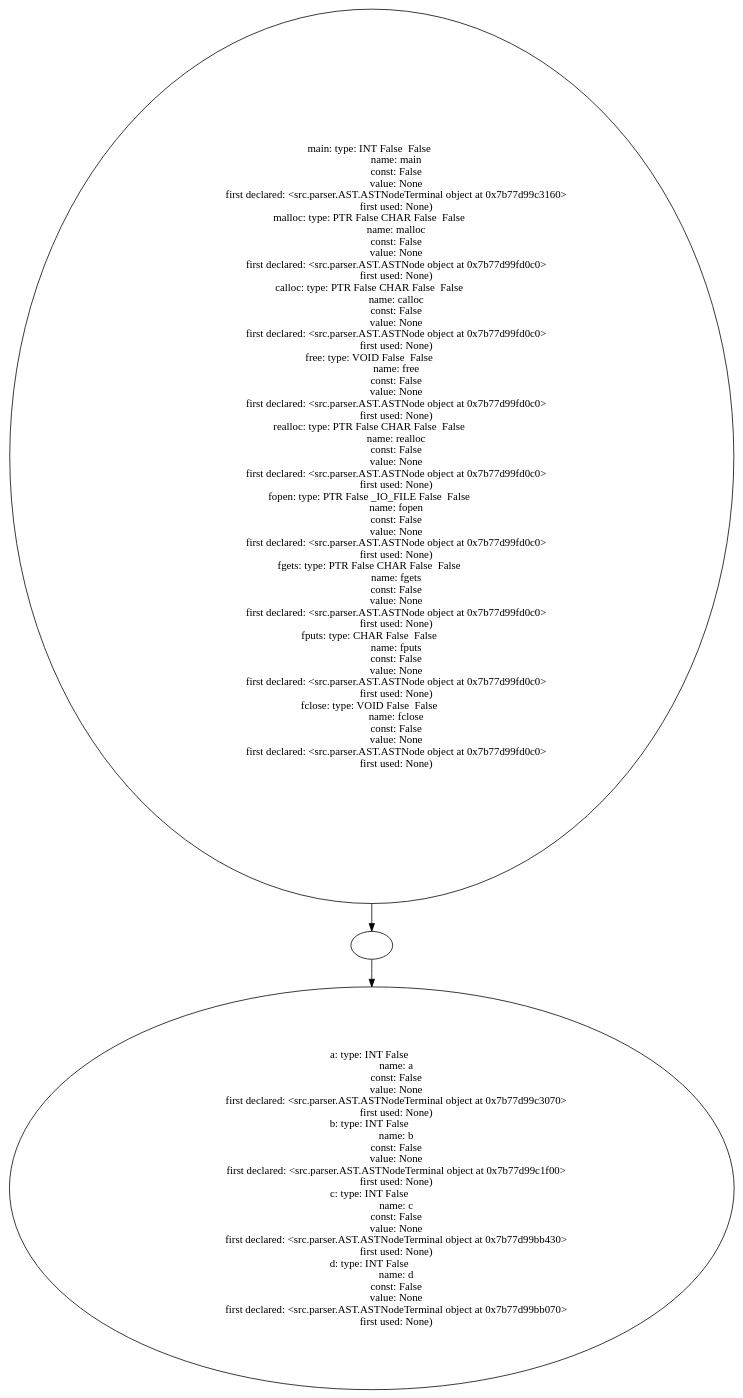
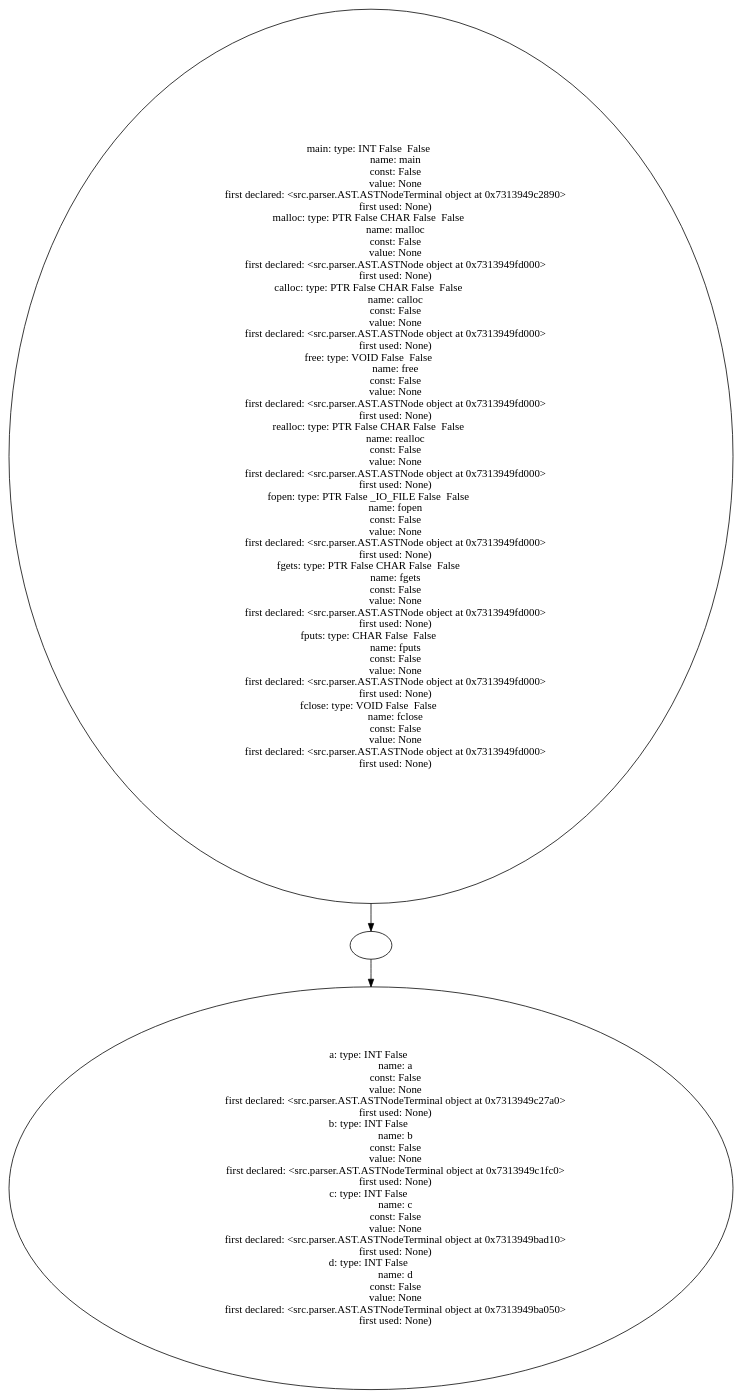
One commit to Are-you-listening/Compilers changed the diagram in example_source_files/3_parenthesis/3_parenthesis_table.dot. Above: the diagram before and after it, drawn with Graphviz. The commit also changed 224 other files, not shown here.

```diff
--- a/example_source_files/3_parenthesis/3_parenthesis_table.dot
+++ b/example_source_files/3_parenthesis/3_parenthesis_table.dot
@@ -1,83 +1,83 @@
 digraph AST {
-  "135754682213056" [label="main: type: INT False  False  
+  "126527934825472" [label="main: type: INT False  False  
                    name: main
                    const: False
                    value: None
-                   first declared: <src.parser.AST.ASTNodeTerminal object at 0x7b77d99c3160>
+                   first declared: <src.parser.AST.ASTNodeTerminal object at 0x7313949c2890>
                    first used: None)
 malloc: type: PTR False CHAR False  False  
                    name: malloc
                    const: False
                    value: None
-                   first declared: <src.parser.AST.ASTNode object at 0x7b77d99fd0c0>
+                   first declared: <src.parser.AST.ASTNode object at 0x7313949fd000>
                    first used: None)
 calloc: type: PTR False CHAR False  False  
                    name: calloc
                    const: False
                    value: None
-                   first declared: <src.parser.AST.ASTNode object at 0x7b77d99fd0c0>
+                   first declared: <src.parser.AST.ASTNode object at 0x7313949fd000>
                    first used: None)
 free: type: VOID False  False  
                    name: free
                    const: False
                    value: None
-                   first declared: <src.parser.AST.ASTNode object at 0x7b77d99fd0c0>
+                   first declared: <src.parser.AST.ASTNode object at 0x7313949fd000>
                    first used: None)
 realloc: type: PTR False CHAR False  False  
                    name: realloc
                    const: False
                    value: None
-                   first declared: <src.parser.AST.ASTNode object at 0x7b77d99fd0c0>
+                   first declared: <src.parser.AST.ASTNode object at 0x7313949fd000>
                    first used: None)
 fopen: type: PTR False _IO_FILE False  False  
                    name: fopen
                    const: False
                    value: None
-                   first declared: <src.parser.AST.ASTNode object at 0x7b77d99fd0c0>
+                   first declared: <src.parser.AST.ASTNode object at 0x7313949fd000>
                    first used: None)
 fgets: type: PTR False CHAR False  False  
                    name: fgets
                    const: False
                    value: None
-                   first declared: <src.parser.AST.ASTNode object at 0x7b77d99fd0c0>
+                   first declared: <src.parser.AST.ASTNode object at 0x7313949fd000>
                    first used: None)
 fputs: type: CHAR False  False  
                    name: fputs
                    const: False
                    value: None
-                   first declared: <src.parser.AST.ASTNode object at 0x7b77d99fd0c0>
+                   first declared: <src.parser.AST.ASTNode object at 0x7313949fd000>
                    first used: None)
 fclose: type: VOID False  False  
                    name: fclose
                    const: False
                    value: None
-                   first declared: <src.parser.AST.ASTNode object at 0x7b77d99fd0c0>
+                   first declared: <src.parser.AST.ASTNode object at 0x7313949fd000>
                    first used: None)"];
-  "135754682213056" -> "135754682211040";
-  "135754682211040" [label=""];
-  "135754682211040" -> "135754682212144";
-  "135754682212144" [label="a: type: INT False  
+  "126527934825472" -> "126527934836032";
+  "126527934836032" [label=""];
+  "126527934836032" -> "126527934836608";
+  "126527934836608" [label="a: type: INT False  
                    name: a
                    const: False
                    value: None
-                   first declared: <src.parser.AST.ASTNodeTerminal object at 0x7b77d99c3070>
+                   first declared: <src.parser.AST.ASTNodeTerminal object at 0x7313949c27a0>
                    first used: None)
 b: type: INT False  
                    name: b
                    const: False
                    value: None
-                   first declared: <src.parser.AST.ASTNodeTerminal object at 0x7b77d99c1f00>
+                   first declared: <src.parser.AST.ASTNodeTerminal object at 0x7313949c1fc0>
                    first used: None)
 c: type: INT False  
                    name: c
                    const: False
                    value: None
-                   first declared: <src.parser.AST.ASTNodeTerminal object at 0x7b77d99bb430>
+                   first declared: <src.parser.AST.ASTNodeTerminal object at 0x7313949bad10>
                    first used: None)
 d: type: INT False  
                    name: d
                    const: False
                    value: None
-                   first declared: <src.parser.AST.ASTNodeTerminal object at 0x7b77d99bb070>
+                   first declared: <src.parser.AST.ASTNodeTerminal object at 0x7313949ba050>
                    first used: None)"];
 }
```
